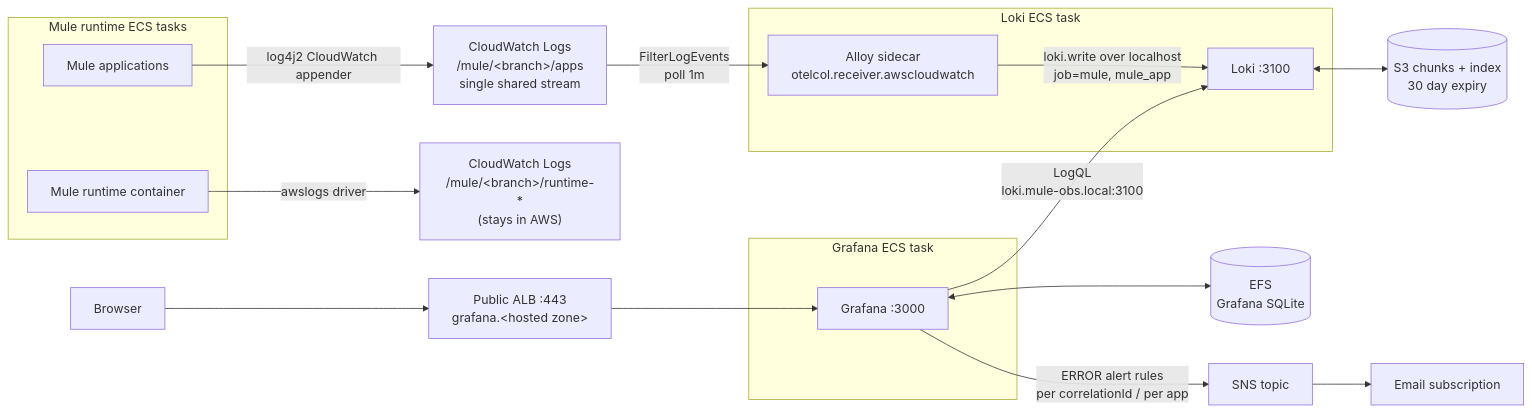
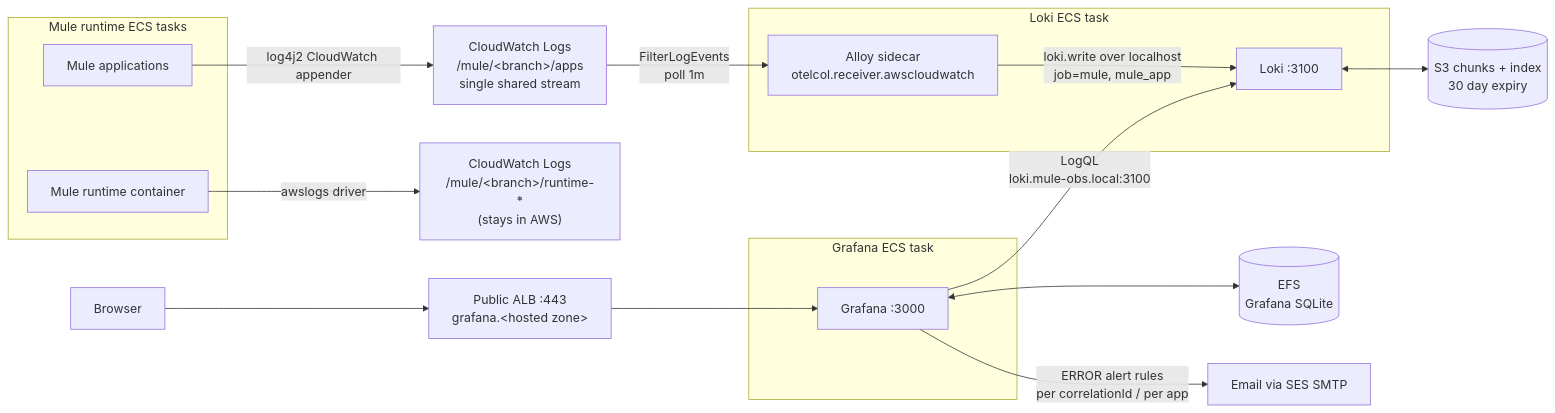
One commit to GemeenteNijmegen/mule-infra changed the first of 2 diagrams in README.md. Above: the diagram before and after it, drawn with Mermaid. The commit also changed other lines of this file and 4 other files, not shown here.

Commit message:
chore: replace sns with ses for grafana alert email

````diff
--- a/README.md
+++ b/README.md
@@ -113,30 +113,30 @@
 ```mermaid
 flowchart LR
     U["Browser"] --> ALB["Public ALB :443<br/>grafana.&lt;hosted zone&gt;"]
 
     subgraph muleTask["Mule runtime ECS tasks"]
         MR["Mule runtime container"]
         MA["Mule applications"]
     end
 
     MR -- "awslogs driver" --> CWR["CloudWatch Logs<br/>/mule/&lt;branch&gt;/runtime-*<br/>(stays in AWS)"]
     MA -- "log4j2 CloudWatch appender" --> CWA["CloudWatch Logs<br/>/mule/&lt;branch&gt;/apps<br/>single shared stream"]
 
     subgraph lokiTask["Loki ECS task"]
         AL["Alloy sidecar<br/>otelcol.receiver.awscloudwatch"]
         LK["Loki :3100"]
         AL -- "loki.write over localhost<br/>job=mule, mule_app" --> LK
     end
 
     CWA -- "FilterLogEvents<br/>poll 1m" --> AL
     LK <--> S3[("S3 chunks + index<br/>30 day expiry")]
 
     subgraph grafanaTask["Grafana ECS task"]
         GR["Grafana :3000"]
     end
 
     ALB --> GR
     GR <--> EFS[("EFS<br/>Grafana SQLite")]
     GR -- "LogQL<br/>loki.mule-obs.local:3100" --> LK
-    GR -- "ERROR alert rules<br/>per correlationId / per app" --> SNS["SNS topic"] --> MAIL["Email subscription"]
+    GR -- "ERROR alert rules<br/>per correlationId / per app" --> MAIL["Email via SES SMTP"]
 ```
````
